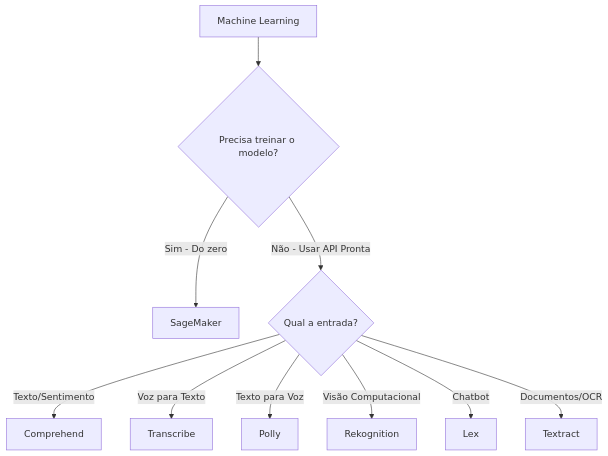
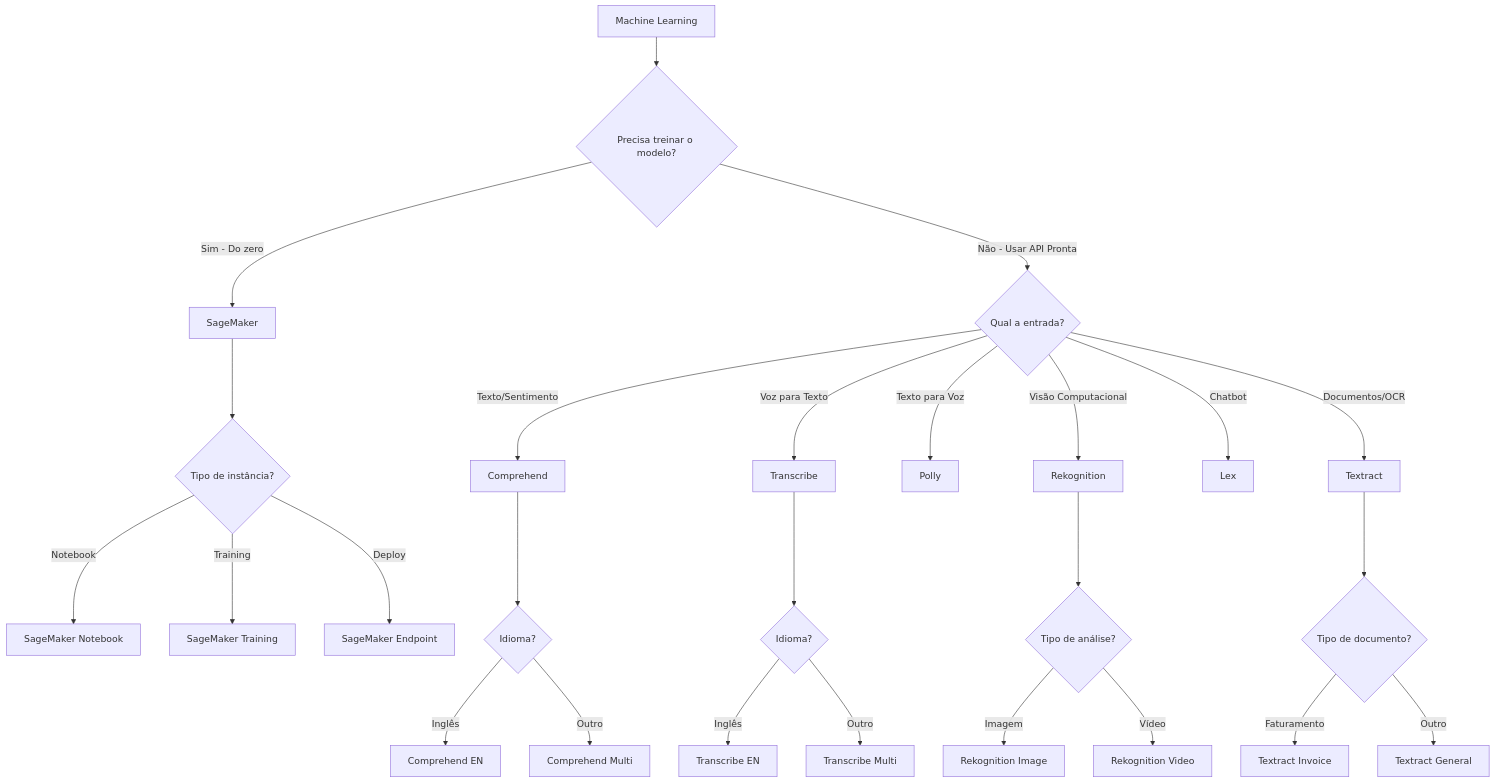
One commit to marcelooliveira/flashcards-aws changed the seventh of 10 diagrams in FlashCards/Web/wwwroot/minimal/decision-trees-aws-services.md. Above: the diagram before and after it, drawn with Mermaid. The commit also changed other lines of this file, not shown here.

````diff
--- a/FlashCards/Web/wwwroot/minimal/decision-trees-aws-services.md
+++ b/FlashCards/Web/wwwroot/minimal/decision-trees-aws-services.md
@@ -87,12 +185,28 @@
 ```mermaid
 graph TD
     A[Machine Learning] --> B{Precisa treinar o modelo?}
     B -- Sim - Do zero --> C[SageMaker]
+    C --> C1{Tipo de instância?}
+    C1 -- Notebook --> C2[SageMaker Notebook]
+    C1 -- Training --> C3[SageMaker Training]
+    C1 -- Deploy --> C4[SageMaker Endpoint]
     B -- Não - Usar API Pronta --> D{Qual a entrada?}
     D -- Texto/Sentimento --> E[Comprehend]
+    E --> E1{Idioma?}
+    E1 -- Inglês --> E2[Comprehend EN]
+    E1 -- Outro --> E3[Comprehend Multi]
     D -- Voz para Texto --> F[Transcribe]
+    F --> F1{Idioma?}
+    F1 -- Inglês --> F2[Transcribe EN]
+    F1 -- Outro --> F3[Transcribe Multi]
     D -- Texto para Voz --> G[Polly]
     D -- Visão Computacional --> H[Rekognition]
+    H --> H1{Tipo de análise?}
+    H1 -- Imagem --> H2[Rekognition Image]
+    H1 -- Vídeo --> H3[Rekognition Video]
     D -- Chatbot --> I[Lex]
     D -- Documentos/OCR --> J[Textract]
+    J --> J1{Tipo de documento?}
+    J1 -- Faturamento --> J2[Textract Invoice]
+    J1 -- Outro --> J3[Textract General]
 ```
````
